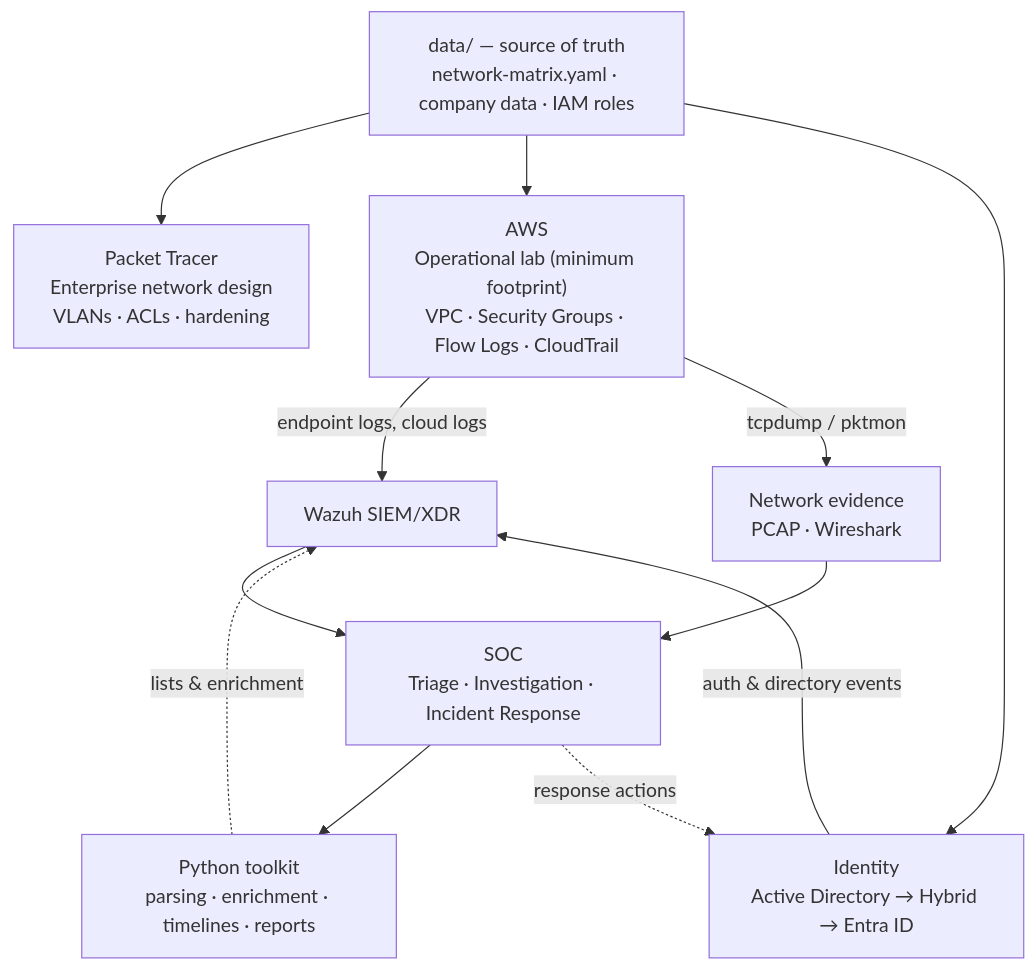
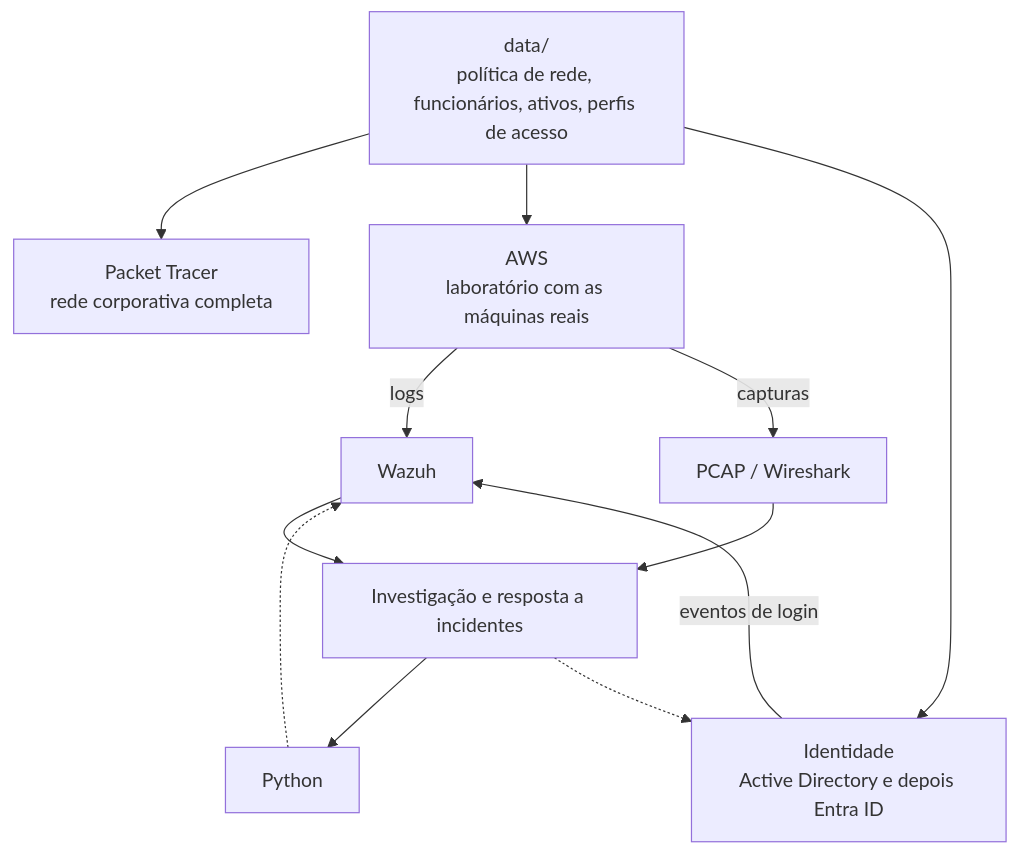
One commit to amancio-g08/moretti-group-security-lab changed the diagram in README.md. Above: the diagram before and after it, drawn with Mermaid. The commit also changed other lines of this file and 2 other files, not shown here.

````diff
--- a/README.md
+++ b/README.md
@@ -19,18 +19,18 @@
 ```mermaid
 flowchart TB
-    SOT["data/ — source of truth<br/>network-matrix.yaml · company data · IAM roles"]
+    SOT["data/<br/>política de rede, funcionários, ativos, perfis de acesso"]
 
-    SOT --> PT["Packet Tracer<br/>Enterprise network design<br/>VLANs · ACLs · hardening"]
-    SOT --> AWS["AWS<br/>Operational lab (minimum footprint)<br/>VPC · Security Groups · Flow Logs · CloudTrail"]
-    SOT --> IAM["Identity<br/>Active Directory → Hybrid → Entra ID"]
+    SOT --> PT["Packet Tracer<br/>rede corporativa completa"]
+    SOT --> AWS["AWS<br/>laboratório com as máquinas reais"]
+    SOT --> IAM["Identidade<br/>Active Directory e depois Entra ID"]
 
-    AWS -->|endpoint logs, cloud logs| WAZUH["Wazuh SIEM/XDR"]
-    IAM -->|auth & directory events| WAZUH
-    AWS -->|tcpdump / pktmon| PCAP["Network evidence<br/>PCAP · Wireshark"]
+    AWS -->|logs| WAZUH["Wazuh"]
+    IAM -->|eventos de login| WAZUH
+    AWS -->|capturas| PCAP["PCAP / Wireshark"]
 
-    WAZUH --> SOC["SOC<br/>Triage · Investigation · Incident Response"]
+    WAZUH --> SOC["Investigação e resposta a incidentes"]
     PCAP --> SOC
-    SOC --> PY["Python toolkit<br/>parsing · enrichment · timelines · reports"]
-    PY -.->|lists & enrichment| WAZUH
-    SOC -.->|response actions| IAM
+    SOC --> PY["Python"]
+    PY -.-> WAZUH
+    SOC -.-> IAM
 ```
````
